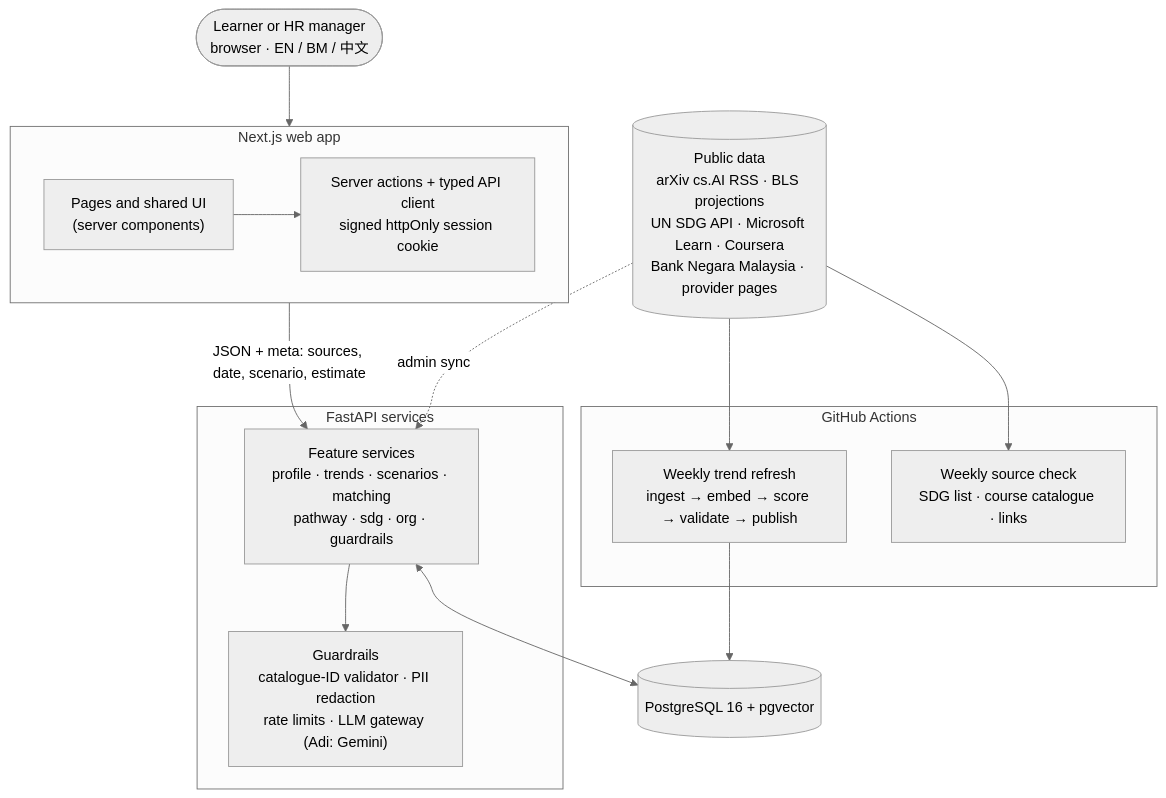
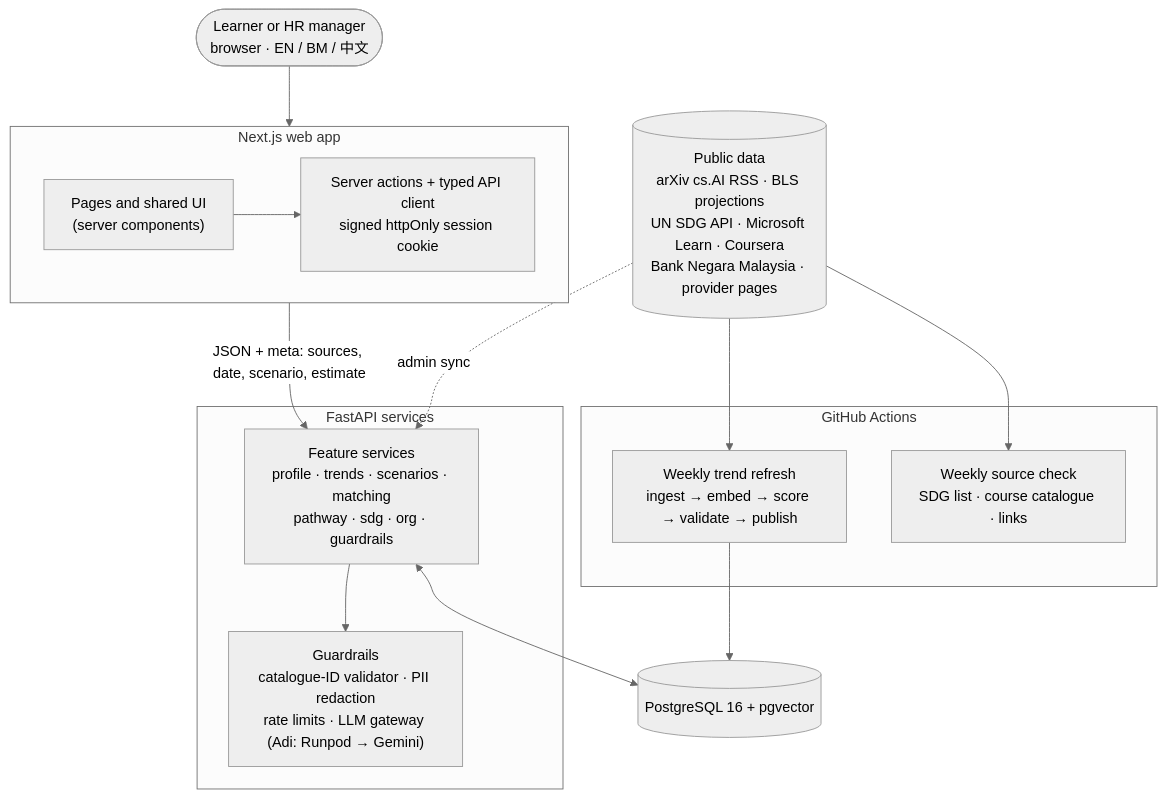
Before and after one commit to pecel-lelele/adept: the first of 12 diagrams in README.md, drawn with Mermaid (neutral theme). The commit also changed other lines of this file and 109 other files, not shown here.

````diff
--- a/README.md
+++ b/README.md
@@ -125,32 +125,32 @@
 ```mermaid
 flowchart TB
   user(["Learner or HR manager<br/>browser · EN / BM / 中文"])
 
   subgraph WEB["Next.js web app"]
     direction LR
     ui["Pages and shared UI<br/>(server components)"]
     bff["Server actions + typed API client<br/>signed httpOnly session cookie"]
   end
 
   subgraph API["FastAPI services"]
     feat["Feature services<br/>profile · trends · scenarios · matching<br/>pathway · sdg · org · guardrails"]
-    guard["Guardrails<br/>catalogue-ID validator · PII redaction<br/>rate limits · LLM gateway (Adi: Gemini)"]
+    guard["Guardrails<br/>catalogue-ID validator · PII redaction<br/>rate limits · LLM gateway (Adi: Runpod → Gemini)"]
   end
 
   db[("PostgreSQL 16 + pgvector")]
 
   subgraph JOBS["GitHub Actions"]
     refresh["Weekly trend refresh<br/>ingest → embed → score → validate → publish"]
     check["Weekly source check<br/>SDG list · course catalogue · links"]
   end
 
   ext[("Public data<br/>arXiv cs.AI RSS · BLS projections<br/>UN SDG API · Microsoft Learn · Coursera<br/>Bank Negara Malaysia · provider pages")]
 
   user --> ui --> bff
   bff -- "JSON + meta: sources, date, scenario, estimate" --> feat
   feat --> guard
   feat <--> db
   ext --> refresh --> db
   ext --> check
   ext -. "admin sync" .-> feat
 ```
````
